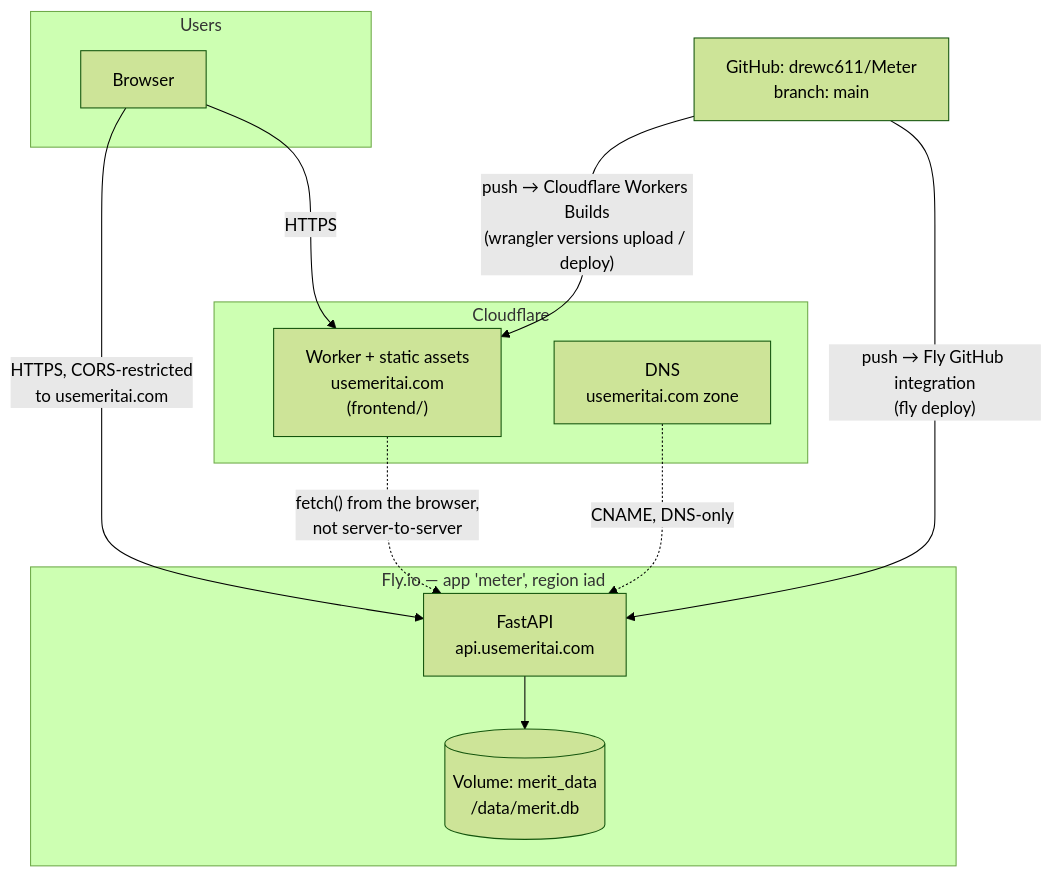
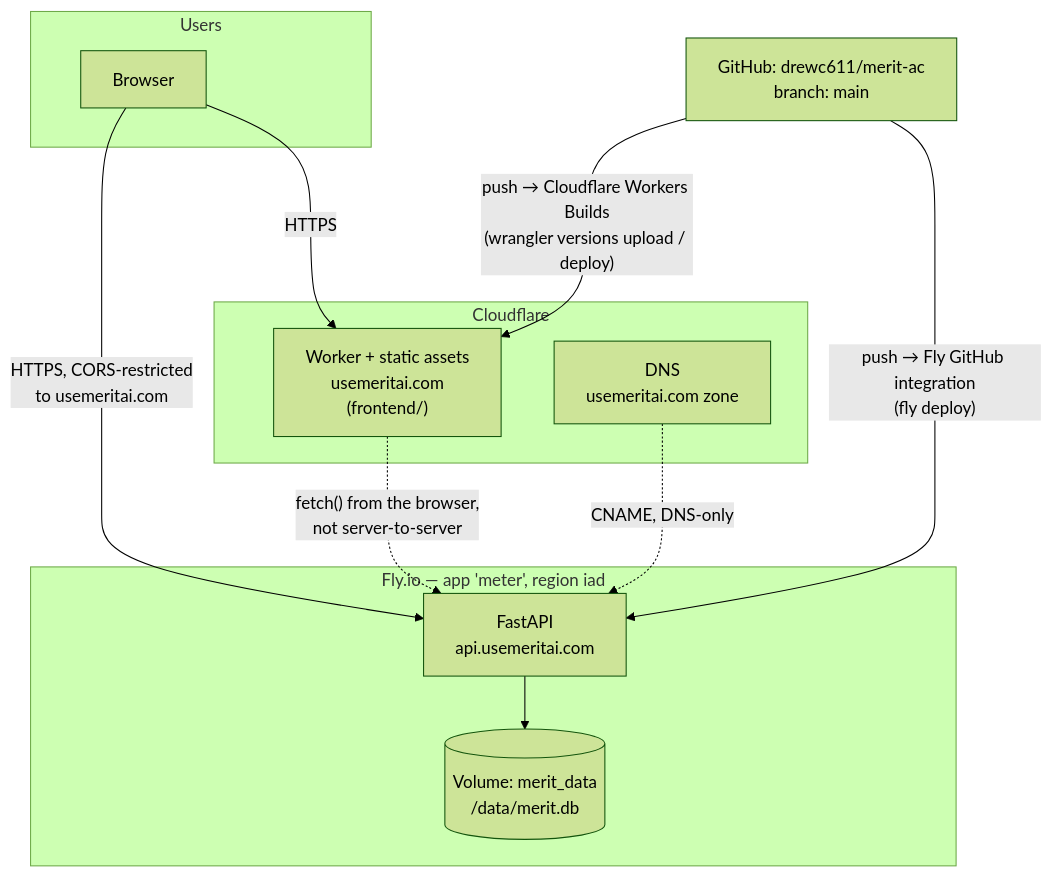
The second of 2 diagrams in ARCHITECTURE.md (drewc611/Meter), drawn with Mermaid (forest theme) before and after one commit. The commit also changed 5 other files, not shown here.

First line of the commit message:
Fix hardcoded drewc611/Meter repo references ahead of the GitHub rename to merit-ac (#74)

````diff
--- a/ARCHITECTURE.md
+++ b/ARCHITECTURE.md
@@ -50,27 +50,27 @@
 ```mermaid
 flowchart TB
     subgraph USERS["Users"]
         BROWSER["Browser"]
     end
 
     subgraph CF["Cloudflare"]
         CFW["Worker + static assets\nusemeritai.com\n(frontend/)"]
         DNS["DNS\nusemeritai.com zone"]
     end
 
     subgraph FLYIO["Fly.io — app 'meter', region iad"]
         API_SVC["FastAPI\napi.usemeritai.com"]
         VOL[("Volume: merit_data\n/data/merit.db")]
     end
 
-    GH["GitHub: drewc611/Meter\nbranch: main"]
+    GH["GitHub: drewc611/merit-ac\nbranch: main"]
 
     BROWSER -->|"HTTPS"| CFW
     BROWSER -->|"HTTPS, CORS-restricted\nto usemeritai.com"| API_SVC
     CFW -.->|"fetch() from the browser,\nnot server-to-server"| API_SVC
     API_SVC --> VOL
     DNS -.->|"CNAME, DNS-only"| API_SVC
 
     GH -->|"push → Cloudflare Workers Builds\n(wrangler versions upload / deploy)"| CFW
     GH -->|"push → Fly GitHub integration\n(fly deploy)"| API_SVC
 ```
````
